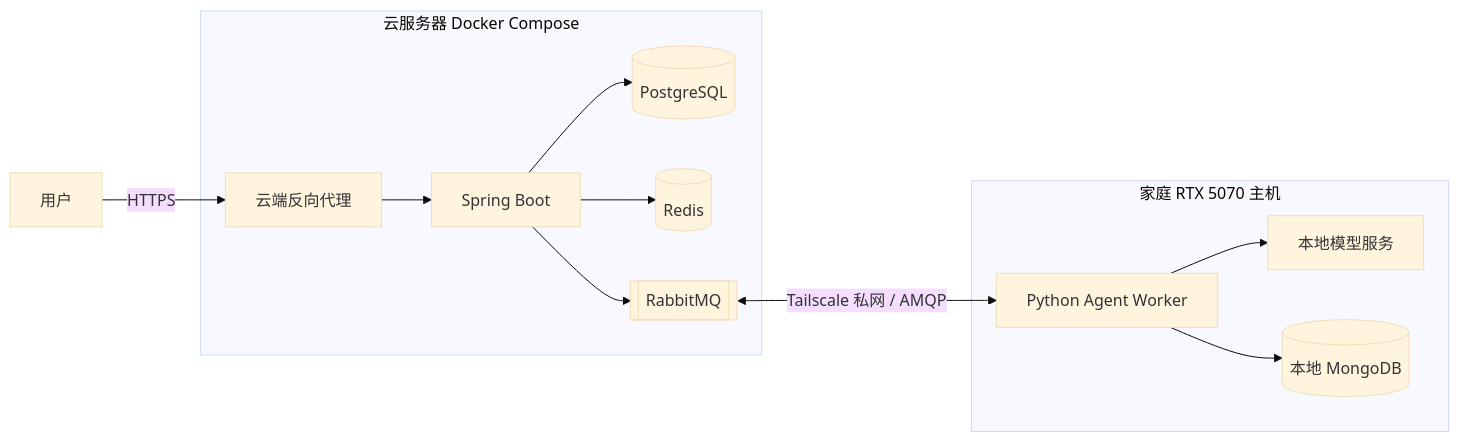
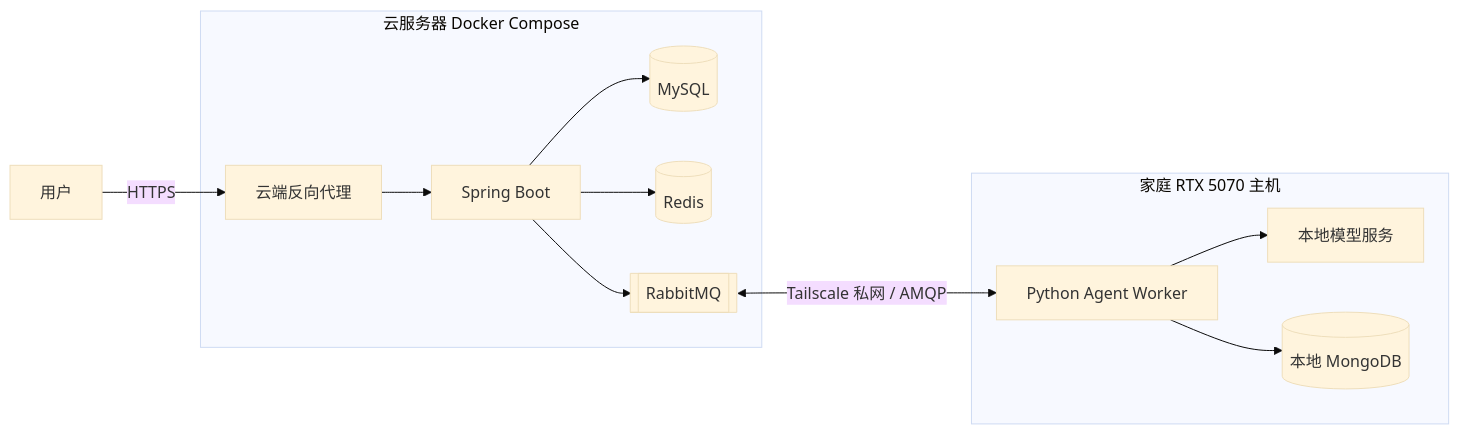
One commit to xiaob1n/f1-ai-predict changed the second of 2 diagrams in f1-ai-predict-feasibility-analysis.md. Above: the diagram before and after it, drawn with Mermaid (base theme). The commit also changed other lines of this file and 18 other files, not shown here.

````diff
--- a/f1-ai-predict-feasibility-analysis.md
+++ b/f1-ai-predict-feasibility-analysis.md
@@ -226,15 +226,15 @@
 ```mermaid
 flowchart LR
     USER[用户] -->|HTTPS| PROXY[云端反向代理]
     subgraph CLOUD[云服务器 Docker Compose]
         PROXY --> JAVA[Spring Boot]
-        JAVA --> PG[(PostgreSQL)]
+        JAVA --> MYSQL[(MySQL)]
         JAVA --> REDIS[(Redis)]
         JAVA --> RMQ[[RabbitMQ]]
     end
     subgraph HOME[家庭 RTX 5070 主机]
         WORKER[Python Agent Worker] --> MODEL[本地模型服务]
         WORKER --> MONGO[(本地 MongoDB)]
     end
     RMQ <-->|Tailscale 私网 / AMQP| WORKER
 ```
````
